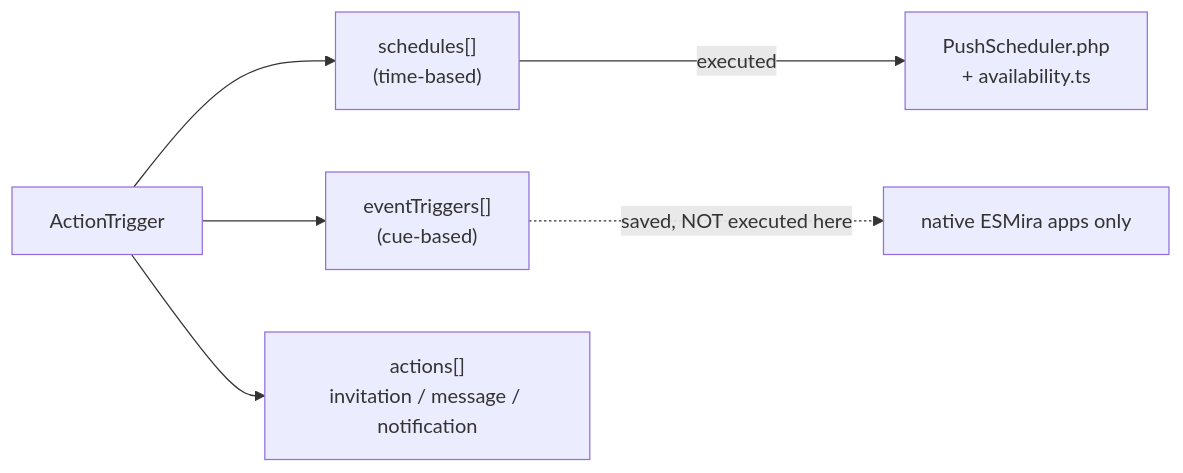
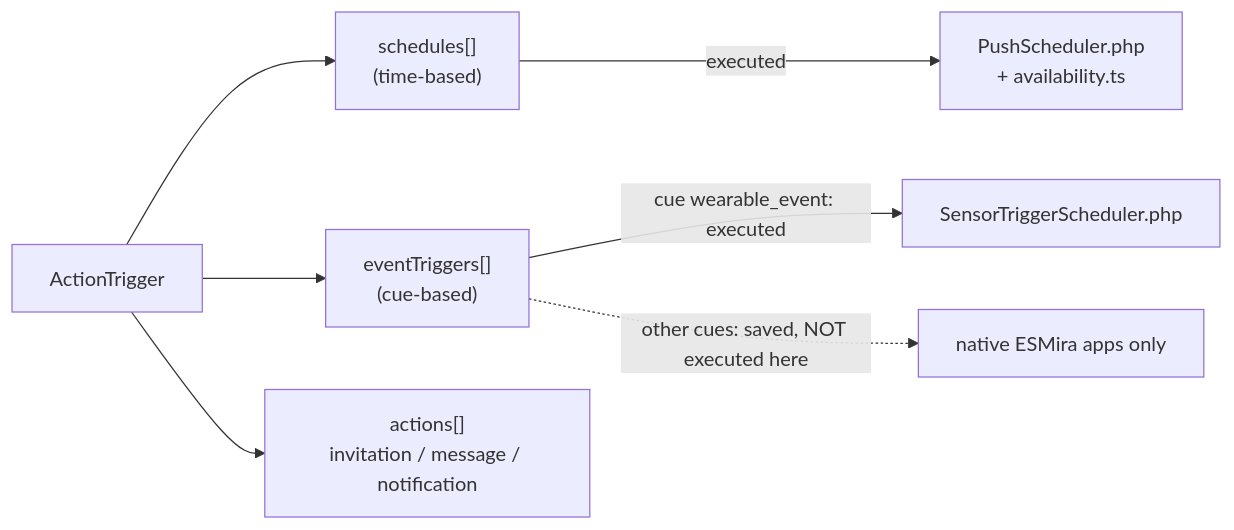
The diagram in website/docs/backend/scheduling.md (andreifoldes/ESMira-web), drawn with Mermaid before and after one commit. The commit also changed other lines of this file and 31 other files, not shown here.

````diff
--- a/website/docs/backend/scheduling.md
+++ b/website/docs/backend/scheduling.md
@@ -11,8 +11,9 @@
 ```mermaid
 flowchart LR
   AT[ActionTrigger] --> SCH["schedules[]<br/>(time-based)"]
   AT --> EV["eventTriggers[]<br/>(cue-based)"]
   AT --> ACT["actions[]<br/>invitation / message / notification"]
   SCH -->|executed| PS["PushScheduler.php<br/>+ availability.ts"]
-  EV -.->|"saved, NOT executed here"| X["native ESMira apps only"]
+  EV -->|"cue wearable_event: executed"| SS["SensorTriggerScheduler.php"]
+  EV -.->|"other cues: saved, NOT executed here"| X["native ESMira apps only"]
 ```
````
